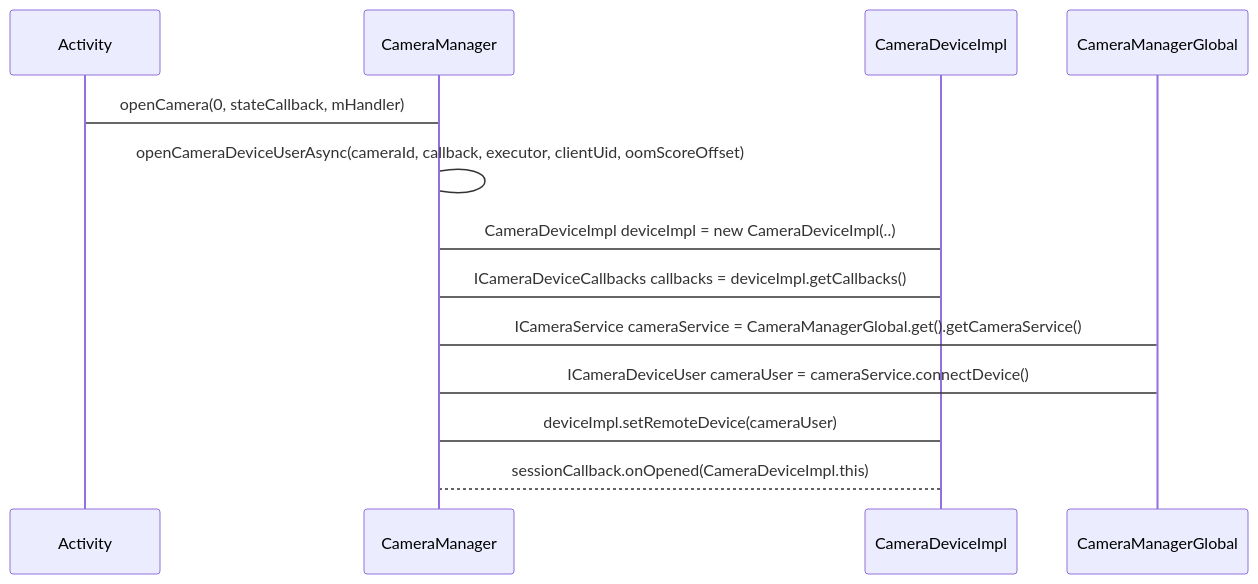
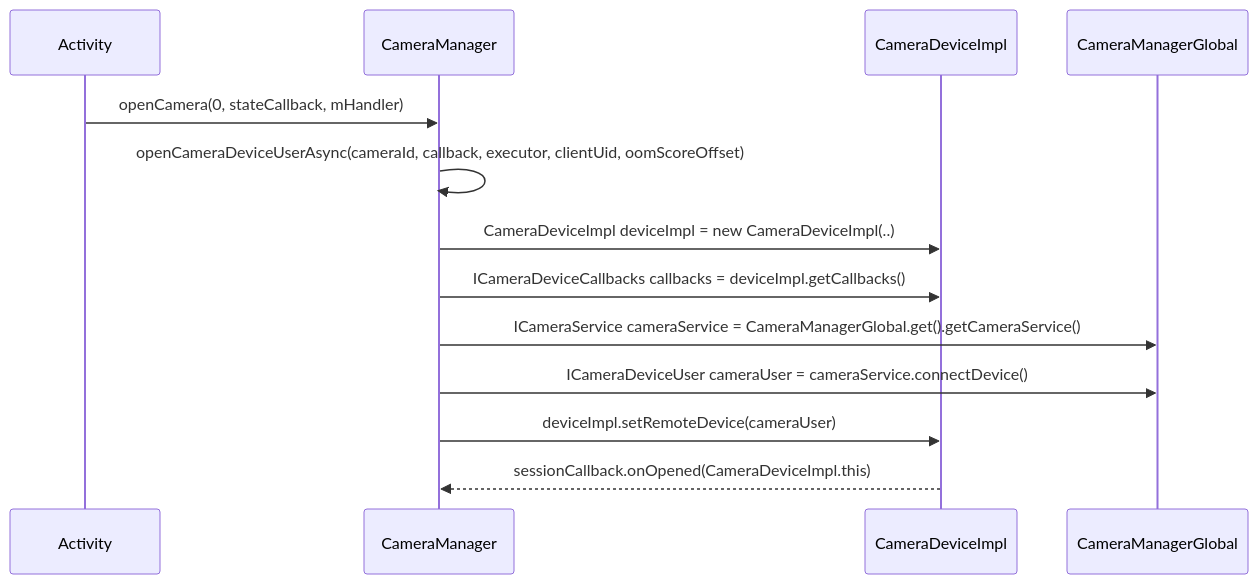
The second of 2 diagrams in doc/camera.md (anlc/CCamera), drawn with Mermaid before and after one commit. The commit also changed other lines of this file, not shown here.

Commit message:
update camera md

````diff
--- a/doc/camera.md
+++ b/doc/camera.md
@@ -89,13 +89,13 @@
 ```mermaid
  sequenceDiagram
   	participant Activity
     
-    Activity -> CameraManager: openCamera(0, stateCallback, mHandler)
-    CameraManager -> CameraManager: openCameraDeviceUserAsync(cameraId, callback, executor, clientUid, oomScoreOffset)
-    CameraManager -> CameraDeviceImpl: CameraDeviceImpl deviceImpl = new CameraDeviceImpl(..)
-    CameraManager -> CameraDeviceImpl: ICameraDeviceCallbacks callbacks = deviceImpl.getCallbacks()
-    CameraManager -> CameraManagerGlobal: ICameraService cameraService = CameraManagerGlobal.get().getCameraService();
-    CameraManager -> CameraManagerGlobal: ICameraDeviceUser cameraUser = cameraService.connectDevice()
-    CameraManager -> CameraDeviceImpl: deviceImpl.setRemoteDevice(cameraUser)
-    CameraDeviceImpl --> CameraManager: sessionCallback.onOpened(CameraDeviceImpl.this)
+    Activity ->> CameraManager: openCamera(0, stateCallback, mHandler)
+    CameraManager ->> CameraManager: openCameraDeviceUserAsync(cameraId, callback, executor, clientUid, oomScoreOffset)
+    CameraManager ->> CameraDeviceImpl: CameraDeviceImpl deviceImpl = new CameraDeviceImpl(..)
+    CameraManager ->> CameraDeviceImpl: ICameraDeviceCallbacks callbacks = deviceImpl.getCallbacks()
+    CameraManager ->> CameraManagerGlobal: ICameraService cameraService = CameraManagerGlobal.get().getCameraService();
+    CameraManager ->> CameraManagerGlobal: ICameraDeviceUser cameraUser = cameraService.connectDevice()
+    CameraManager ->> CameraDeviceImpl: deviceImpl.setRemoteDevice(cameraUser)
+    CameraDeviceImpl -->> CameraManager: sessionCallback.onOpened(CameraDeviceImpl.this)
 ```
````
